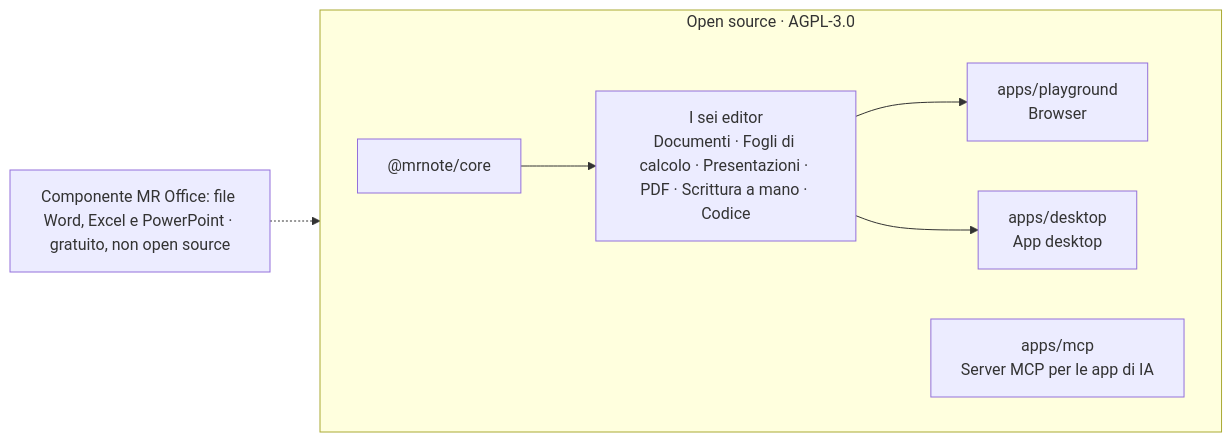
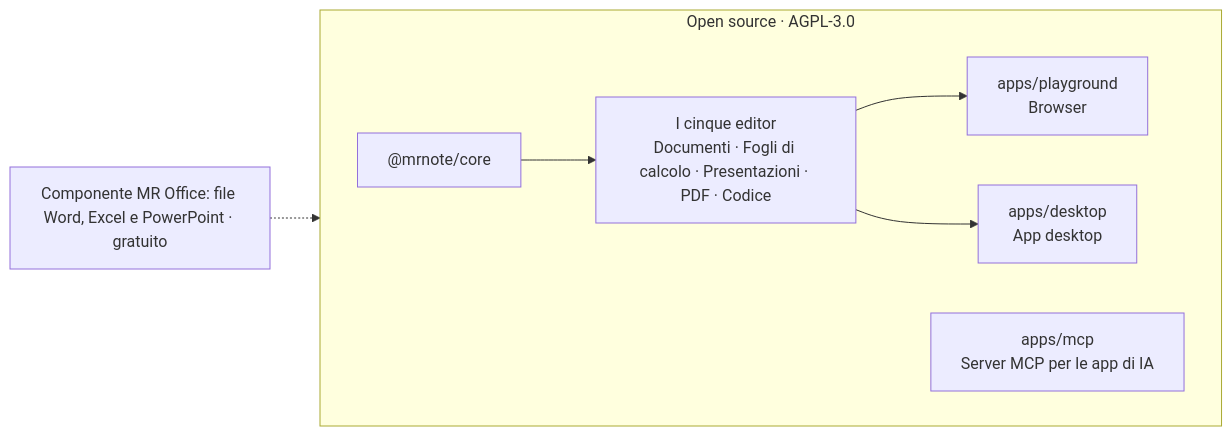
Before and after one commit to WhaleChao/MROffice: the diagram in i18n/README.it.md, drawn with Mermaid. The commit also changed other lines of this file and 621 other files, not shown here.

````diff
--- a/i18n/README.it.md
+++ b/i18n/README.it.md
@@ -130,11 +128,11 @@
 ```mermaid
 flowchart LR
   subgraph OSS["Open source · AGPL-3.0"]
     direction LR
-    core["@mrnote/core"] --> E["I sei editor<br/>Documenti · Fogli di calcolo · Presentazioni · PDF · Scrittura a mano · Codice"]
+    core["@mrnote/core"] --> E["I cinque editor<br/>Documenti · Fogli di calcolo · Presentazioni · PDF · Codice"]
     E --> PG["apps/playground<br/>Browser"]
     E --> DS["apps/desktop<br/>App desktop"]
     MCP["apps/mcp<br/>Server MCP per le app di IA"]
   end
-  COMP["Componente MR Office: file Word, Excel e PowerPoint · gratuito, non open source"] -.-> DS
+  COMP["Componente MR Office: file Word, Excel e PowerPoint · gratuito"] -.-> DS
 ```
````
